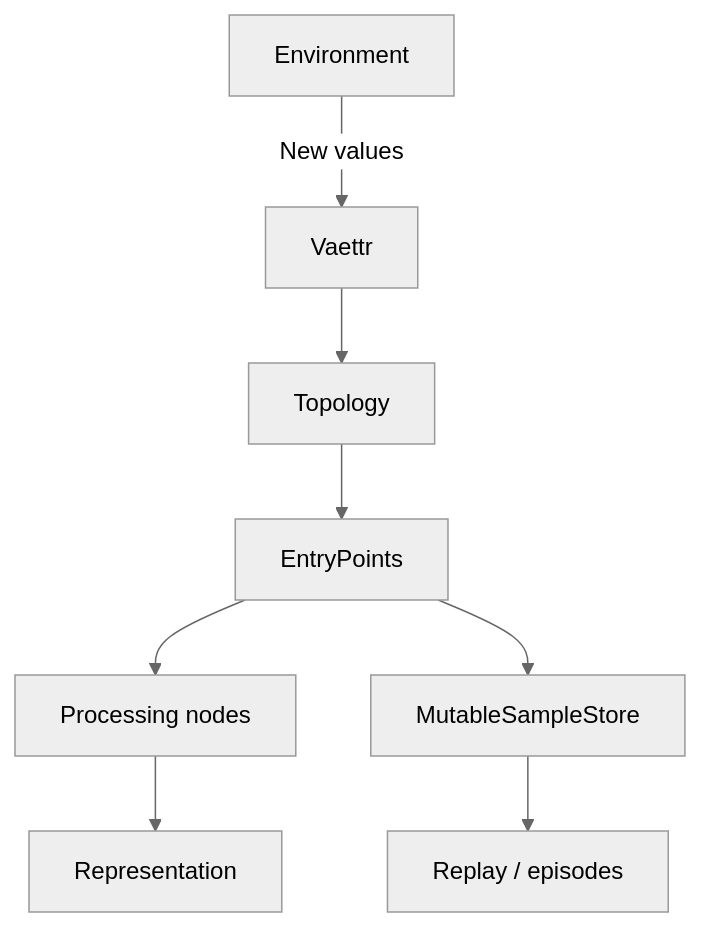
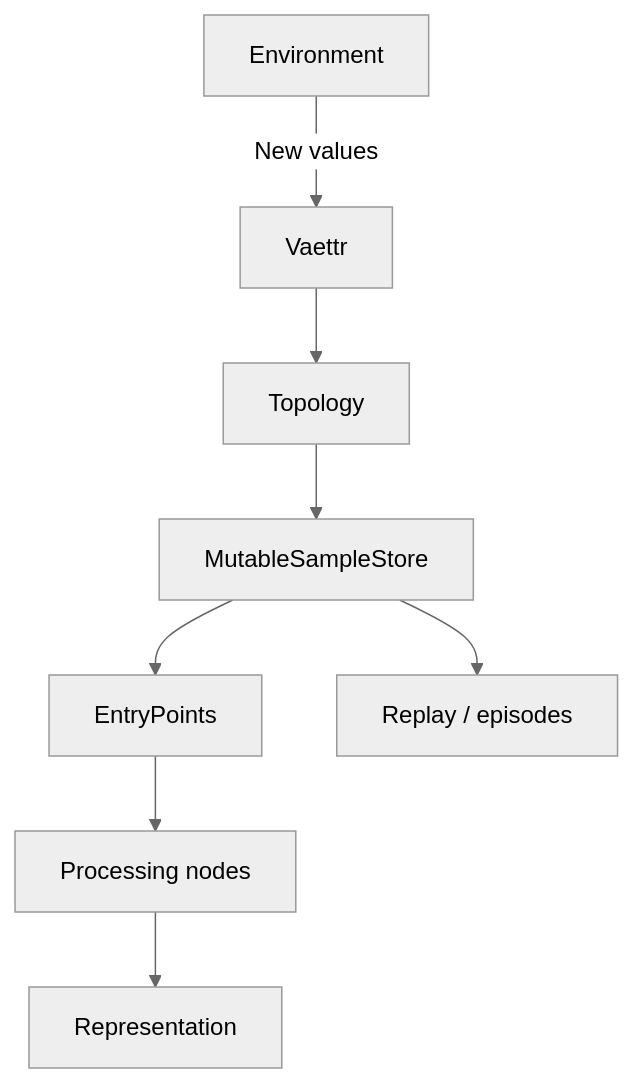
One commit to skasti/skyn-vaettr changed the first of 2 diagrams in docs/sensory-representation.md. Above: the diagram before and after it, drawn with Mermaid (neutral theme). The commit also changed other lines of this file and 10 other files, not shown here.

First line of the commit message:
Refactor `DefaultTopology` to centralize `SampleEntryPoint` sample storage in `MutableSampleStore`.

````diff
--- a/docs/sensory-representation.md
+++ b/docs/sensory-representation.md
@@ -7,10 +7,10 @@
 ```mermaid
 flowchart TD
     ENV[Environment] -->|New values| Vaettr 
     Vaettr --> Topology[Topology]
-    Topology --> EntryPoints[EntryPoints]
+    Topology --> Store[MutableSampleStore]
+    Store --> EntryPoints[EntryPoints]
     EntryPoints --> Nodes[Processing nodes]
     Nodes --> Representation[Representation]
-    EntryPoints --> Store[MutableSampleStore] 
     Store --> Consumers[Replay / episodes]
 ```
````
